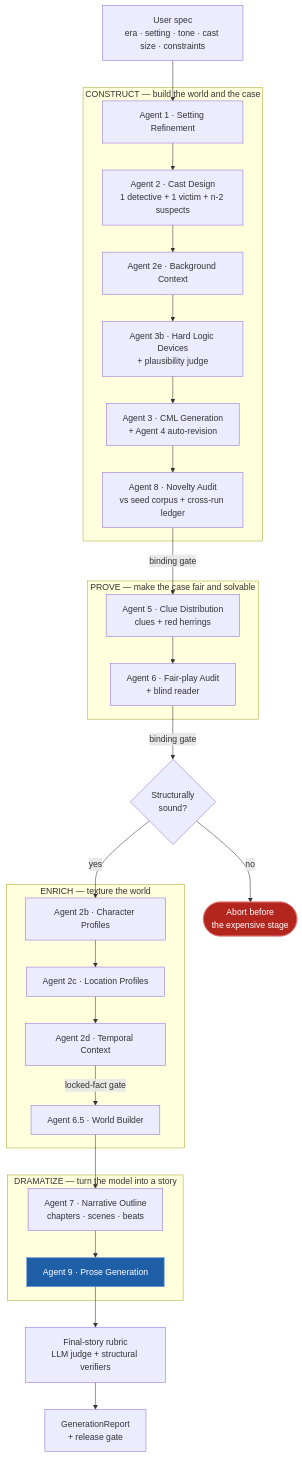
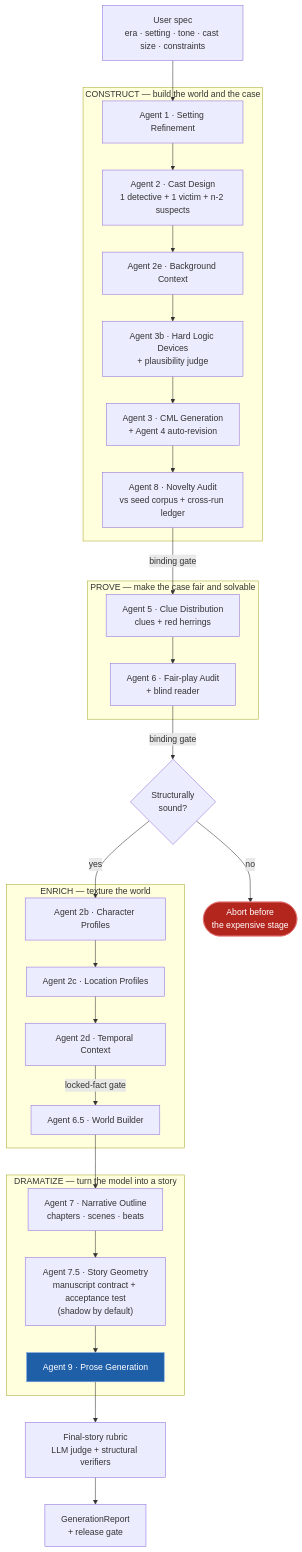
The second of 10 diagrams in architecture/README.md (andylelli/cml_01), drawn with Mermaid before and after one commit. The commit also changed other lines of this file and 8 other files, not shown here.

````diff
--- a/architecture/README.md
+++ b/architecture/README.md
@@ -72,43 +72,44 @@
 ```mermaid
 flowchart TD
     Spec["User spec<br/>era · setting · tone · cast size · constraints"]
 
     subgraph Construct["CONSTRUCT — build the world and the case"]
         A1["Agent 1 · Setting Refinement"]
         A2["Agent 2 · Cast Design<br/>1 detective + 1 victim + n-2 suspects"]
         A2e["Agent 2e · Background Context"]
         A3b["Agent 3b · Hard Logic Devices<br/>+ plausibility judge"]
         A3["Agent 3 · CML Generation<br/>+ Agent 4 auto-revision"]
         A8["Agent 8 · Novelty Audit<br/>vs seed corpus + cross-run ledger"]
     end
 
     subgraph Prove["PROVE — make the case fair and solvable"]
         A5["Agent 5 · Clue Distribution<br/>clues + red herrings"]
         A6["Agent 6 · Fair-play Audit<br/>+ blind reader"]
     end
 
     subgraph Enrich["ENRICH — texture the world"]
         A2b["Agent 2b · Character Profiles"]
         A2c["Agent 2c · Location Profiles"]
         A2d["Agent 2d · Temporal Context"]
         A65["Agent 6.5 · World Builder"]
     end
 
     subgraph Dramatize["DRAMATIZE — turn the model into a story"]
         A7["Agent 7 · Narrative Outline<br/>chapters · scenes · beats"]
+        A75["Agent 7.5 · Story Geometry<br/>manuscript contract + acceptance test<br/>(shadow by default)"]
         A9["Agent 9 · Prose Generation"]
     end
 
     Rubric["Final-story rubric<br/>LLM judge + structural verifiers"]
     Report["GenerationReport<br/>+ release gate"]
 
     Spec --> A1 --> A2 --> A2e --> A3b --> A3 --> A8
     A8 -->|"binding gate"| A5 --> A6
     A6 -->|"binding gate"| EarlyAbort{"Structurally<br/>sound?"}
     EarlyAbort -->|no| Abort(["Abort before<br/>the expensive stage"])
     EarlyAbort -->|yes| A2b --> A2c --> A2d
-    A2d -->|"locked-fact gate"| A65 --> A7 --> A9 --> Rubric --> Report
+    A2d -->|"locked-fact gate"| A65 --> A7 --> A75 --> A9 --> Rubric --> Report
 
     style Abort fill:#b3261e,stroke:#e06c6c,color:#ffffff
     style A9 fill:#1f5fa8,stroke:#7aa2e3,color:#ffffff
 ```
````
